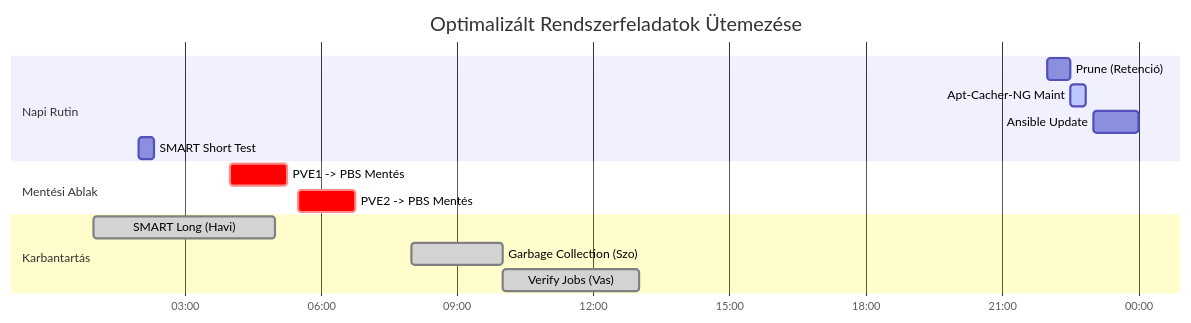
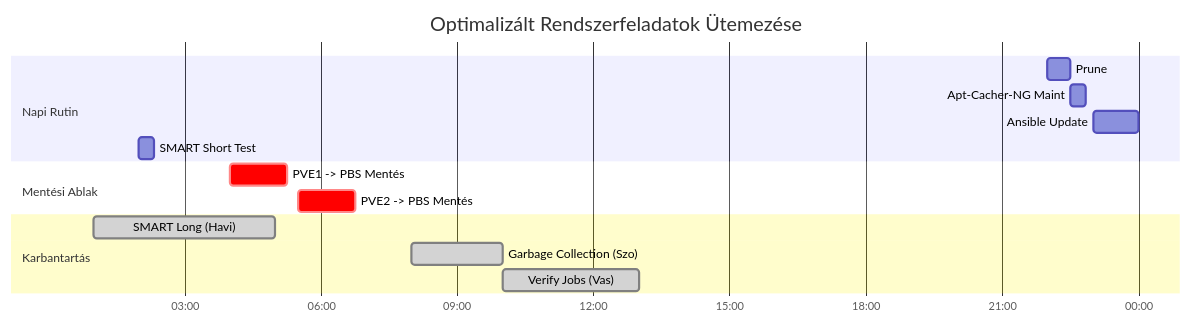
One commit to torokrolf/homelab changed the second of 2 diagrams in 13-Design_Decisions/README_HU.md. Above: the diagram before and after it, drawn with Mermaid. The commit also changed other lines of this file, not shown here.

````diff
--- a/13-Design_Decisions/README_HU.md
+++ b/13-Design_Decisions/README_HU.md
@@ -128,22 +128,22 @@
 ```mermaid
 gantt
     title Optimalizált Rendszerfeladatok Ütemezése
     dateFormat  HH:mm
     axisFormat  %H:%M
     todayMarker off
 
     section Napi Rutin
-    Prune (Retenció)             : 22:00, 30m
-    Apt-Cacher-NG Maint          : active, 22:30, 20m
+    Prune                        : 22:00, 30m
+    Apt-Cacher-NG Maint          : 22:30, 20m
     Ansible Update               : 23:00, 60m
     SMART Short Test             : 02:00, 20m
 
     section Mentési Ablak
     PVE1 -> PBS Mentés           :crit, 04:00, 75m
     PVE2 -> PBS Mentés           :crit, 05:30, 75m
 
     section Karbantartás
     SMART Long (Havi)            :done, 01:00, 4h
     Garbage Collection (Szo)     :done, 08:00, 2h
     Verify Jobs (Vas)            :done, 10:00, 3h
 ```
````
